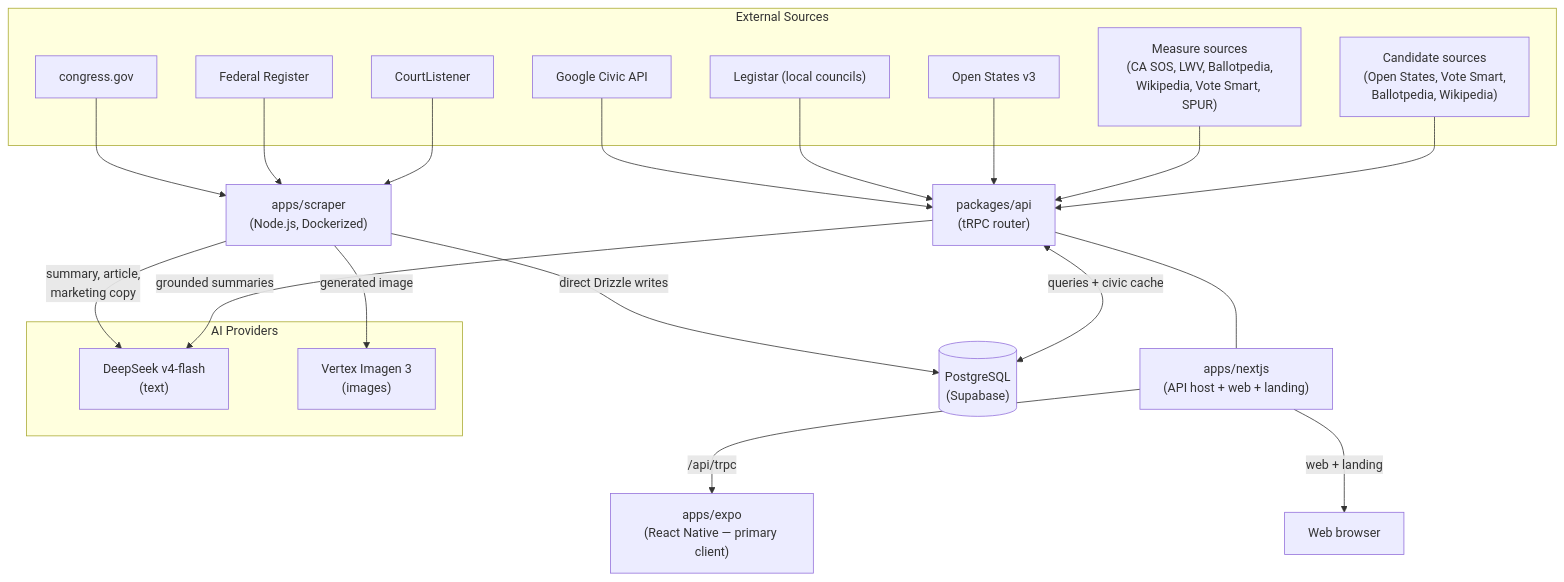
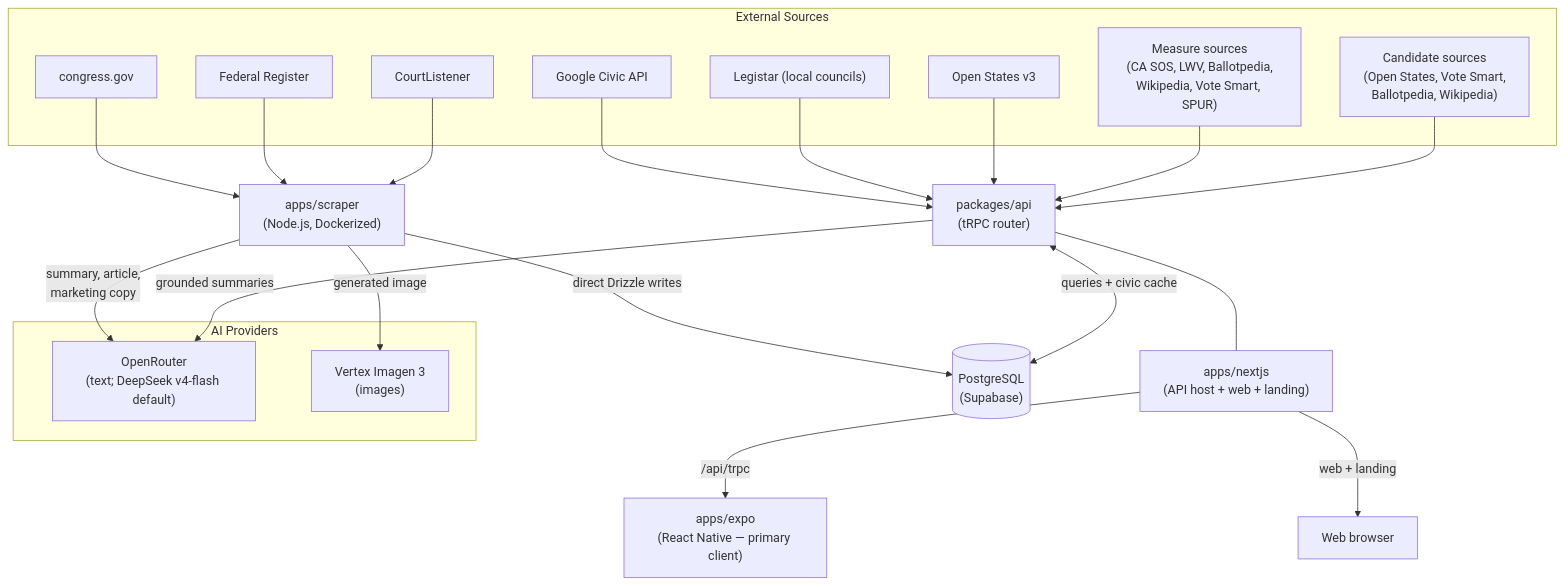
The diagram in docs/architecture.md (billion-app/billion), drawn with Mermaid before and after one commit. The commit also changed other lines of this file and 27 other files, not shown here.

Commit message:
feat(ai): prefer OpenRouter over direct DeepSeek

````diff
--- a/docs/architecture.md
+++ b/docs/architecture.md
@@ -18,43 +18,43 @@
 ```mermaid
 flowchart TB
     subgraph sources["External Sources"]
         congress["congress.gov"]
         fedreg["Federal Register"]
         courtlistener["CourtListener"]
         gcivic["Google Civic API"]
         legistar["Legistar (local councils)"]
         openstates["Open States v3"]
         measuresrc["Measure sources<br/>(CA SOS, LWV, Ballotpedia,<br/>Wikipedia, Vote Smart, SPUR)"]
         candsrc["Candidate sources<br/>(Open States, Vote Smart,<br/>Ballotpedia, Wikipedia)"]
     end
 
     subgraph ai["AI Providers"]
-        deepseek["DeepSeek v4-flash<br/>(text)"]
+        openrouter["OpenRouter<br/>(text; DeepSeek v4-flash default)"]
         imagen["Vertex Imagen 3<br/>(images)"]
     end
 
     scraper["apps/scraper<br/>(Node.js, Dockerized)"]
     api["packages/api<br/>(tRPC router)"]
     db[("PostgreSQL<br/>(Supabase)")]
     nextjs["apps/nextjs<br/>(API host + web + landing)"]
     expo["apps/expo<br/>(React Native — primary client)"]
 
     congress --> scraper
     fedreg --> scraper
     courtlistener --> scraper
-    scraper -->|"summary, article,<br/>marketing copy"| deepseek
+    scraper -->|"summary, article,<br/>marketing copy"| openrouter
     scraper -->|"generated image"| imagen
     scraper -->|"direct Drizzle writes"| db
 
     gcivic --> api
     legistar --> api
     openstates --> api
     measuresrc --> api
     candsrc --> api
-    api -->|"grounded summaries"| deepseek
+    api -->|"grounded summaries"| openrouter
     api <-->|"queries + civic cache"| db
 
     api --- nextjs
     nextjs -->|"/api/trpc"| expo
     nextjs -->|"web + landing"| browser["Web browser"]
 ```
````
